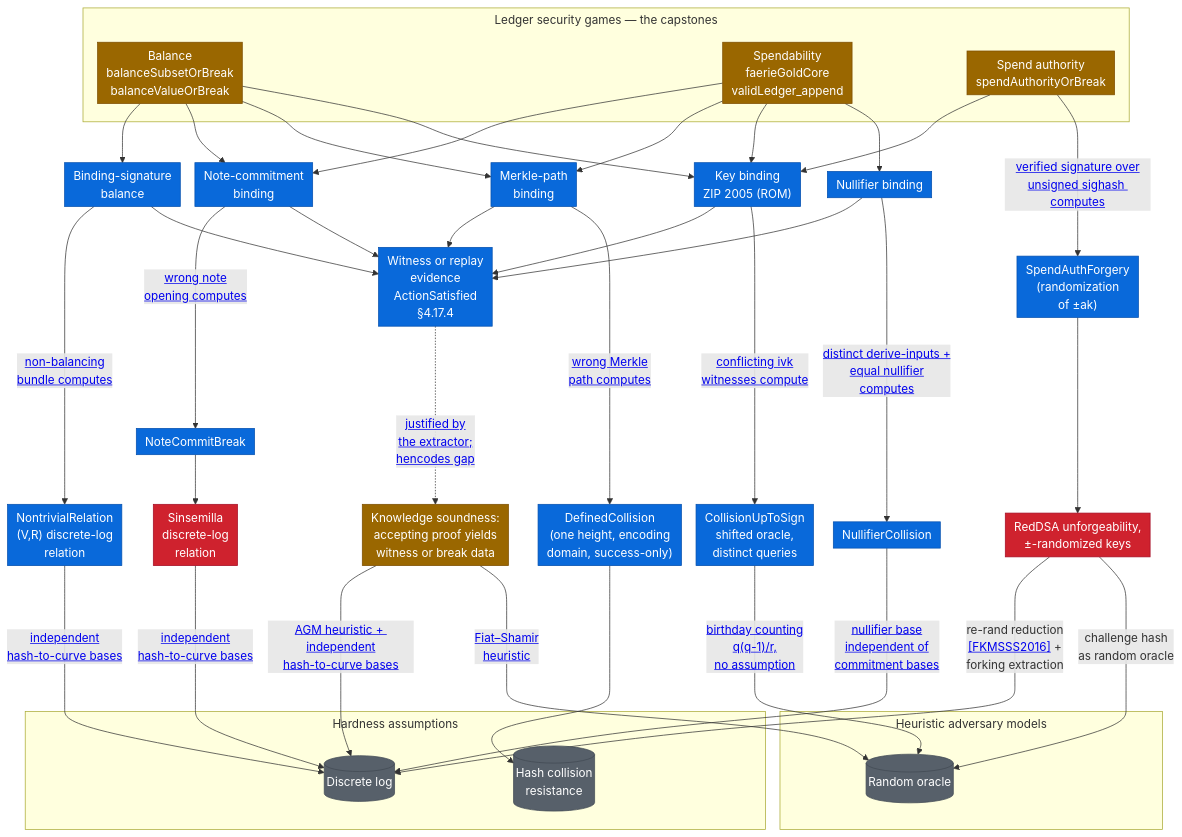
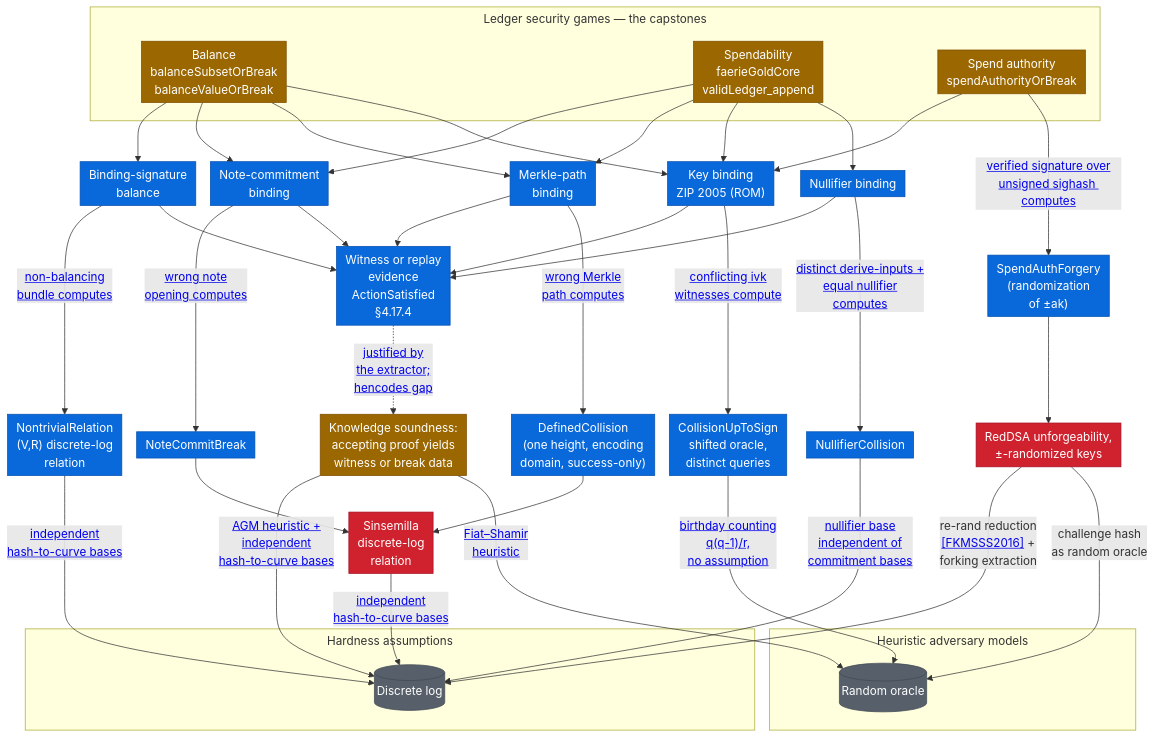
Before and after one commit to daira/ironwood: the diagram in book/src/formal-verification/security-definitions.md, drawn with Mermaid. The commit also changed other lines of this file, not shown here.

Commit message:
fv: route the Merkle DefinedCollision to SDLR in the security map
The Merkle tree hash is Sinsemilla, so a Merkle DefinedCollision is a
Sinsemilla collision, which prequantumly reduces to a discrete-log
relation (SDLR) — the same terminal as note-commitment binding — not to
BLAKE2b collision resistance, which does not enter the pre-quantum
Balance argument. Reroute MC to SDLR, drop the now-orphaned hash
collision resistance assumption node, and rebalance the edge lengths so
the seven break events share one rank, SDLR sits on its own rank below,
and the assumptions sit directly under that.

````diff
--- a/book/src/formal-verification/security-definitions.md
+++ b/book/src/formal-verification/security-definitions.md
@@ -48,7 +48,6 @@
 
   subgraph ASSUMPTIONS["Hardness assumptions"]
     DL[("Discrete log")]
-    CR[("Hash collision<br/>resistance")]
   end
 
   subgraph MODELS["Heuristic adversary models"]
@@ -60,26 +59,26 @@
   NCB --->|"<a target='_blank' href='https://github.com/zcash/ironwood/blob/main/Zcash/Security/Ledger/Statement.lean'>wrong note<br/>opening computes</a>"| NCBK["NoteCommitBreak"]
   NCB --> STMT
   MERK --> STMT
-  MERK ---->|"<a target='_blank' href='https://github.com/zcash/ironwood/blob/main/Zcash/Security/Ledger/Merkle.lean'>wrong Merkle<br/>path computes</a>"| MC["DefinedCollision<br/>(one height, encoding<br/>domain, success-only)"]
+  MERK --->|"<a target='_blank' href='https://github.com/zcash/ironwood/blob/main/Zcash/Security/Ledger/Merkle.lean'>wrong Merkle<br/>path computes</a>"| MC["DefinedCollision<br/>(one height, encoding<br/>domain, success-only)"]
   KB --> STMT
-  KB ---->|"<a target='_blank' href='https://github.com/zcash/ironwood/blob/main/Zcash/Security/KeyBinding/Basic.lean'>conflicting ivk<br/>witnesses compute</a>"| CUS["CollisionUpToSign<br/>shifted oracle,<br/>distinct queries"]
+  KB --->|"<a target='_blank' href='https://github.com/zcash/ironwood/blob/main/Zcash/Security/KeyBinding/Basic.lean'>conflicting ivk<br/>witnesses compute</a>"| CUS["CollisionUpToSign<br/>shifted oracle,<br/>distinct queries"]
   NFB --> STMT
-  NFB ---->|"<a target='_blank' href='https://github.com/zcash/ironwood/blob/main/Zcash/Security/Ledger/Spendability.lean'>distinct derive-inputs +<br/>equal nullifier<br/>computes</a>"| NFC["NullifierCollision"]
+  NFB --->|"<a target='_blank' href='https://github.com/zcash/ironwood/blob/main/Zcash/Security/Ledger/Spendability.lean'>distinct derive-inputs +<br/>equal nullifier<br/>computes</a>"| NFC["NullifierCollision"]
   SPENDAUTH --->|"<a target='_blank' href='https://github.com/zcash/ironwood/blob/main/Zcash/Security/Ledger/SpendAuthority.lean'>verified signature over<br/>unsigned sighash computes</a>"| SAF["SpendAuthForgery<br/>(randomization<br/>of ±ak)"]
 
   STMT -. "<a target='_blank' href='https://github.com/zcash/ironwood/blob/main/Zcash/Snark/Soundness/Composition/Bridge.lean'>justified by<br/>the extractor;<br/>hencodes gap</a>" .-> KS["Knowledge soundness:<br/>accepting proof yields<br/>witness or break data"]
   NCBK --> SDLR["Sinsemilla<br/>discrete-log<br/>relation"]
 
-  NDLR ---->|"<a target='_blank' href='https://github.com/zcash/ironwood/blob/main/Zcash/Snark/Soundness/AGM/BindingSignature.lean'>independent<br/>hash-to-curve bases</a>"| DL
-  SDLR ---->|"<a target='_blank' href='https://github.com/zcash/ironwood/blob/main/Zcash/Snark/Soundness/AGM/BindingSignature.lean'>independent<br/>hash-to-curve bases</a>"| DL
-  KS ---->|"<a target='_blank' href='https://github.com/zcash/ironwood/blob/main/Zcash/Snark/Soundness/AGM/Capstone.lean'>AGM heuristic + independent<br/>hash-to-curve bases</a>"| DL
-  KS ---->|"<a target='_blank' href='https://github.com/zcash/ironwood/tree/main/Zcash/Snark/Soundness/Forking'>Fiat–Shamir<br/>heuristic</a>"| ROM
-  MC ----> CR
-  CUS ---->|"<a target='_blank' href='https://github.com/zcash/ironwood/blob/main/Zcash/Security/Common/Birthday.lean'>birthday counting<br/>q(q-1)/r,<br/>no assumption</a>"| ROM
-  NFC ---->|"<a target='_blank' href='https://github.com/zcash/ironwood/blob/main/Zcash/Security/Ledger/Spendability.lean'>nullifier base<br/>independent of<br/>commitment bases</a>"| DL
-  SAF ---> RDSA["RedDSA unforgeability,<br/>±-randomized keys"]
-  RDSA ---->|"re-rand reduction<br/><a target='_blank' href='https://eprint.iacr.org/2015/395'>[FKMSSS2016]</a> +<br/>forking extraction"| DL
-  RDSA ---->|"challenge hash<br/>as random oracle"| ROM
+  NDLR --->|"<a target='_blank' href='https://github.com/zcash/ironwood/blob/main/Zcash/Snark/Soundness/AGM/BindingSignature.lean'>independent<br/>hash-to-curve bases</a>"| DL
+  SDLR -->|"<a target='_blank' href='https://github.com/zcash/ironwood/blob/main/Zcash/Snark/Soundness/AGM/BindingSignature.lean'>independent<br/>hash-to-curve bases</a>"| DL
+  KS --->|"<a target='_blank' href='https://github.com/zcash/ironwood/blob/main/Zcash/Snark/Soundness/AGM/Capstone.lean'>AGM heuristic +<br/>independent<br/>hash-to-curve bases</a>"| DL
+  KS --->|"<a target='_blank' href='https://github.com/zcash/ironwood/tree/main/Zcash/Snark/Soundness/Forking'>Fiat–Shamir<br/>heuristic</a>"| ROM
+  MC --> SDLR
+  CUS --->|"<a target='_blank' href='https://github.com/zcash/ironwood/blob/main/Zcash/Security/Common/Birthday.lean'>birthday counting<br/>q(q-1)/r,<br/>no assumption</a>"| ROM
+  NFC --->|"<a target='_blank' href='https://github.com/zcash/ironwood/blob/main/Zcash/Security/Ledger/Spendability.lean'>nullifier base<br/>independent of<br/>commitment bases</a>"| DL
+  SAF --> RDSA["RedDSA unforgeability,<br/>±-randomized keys"]
+  RDSA --->|"re-rand reduction<br/><a target='_blank' href='https://eprint.iacr.org/2015/395'>[FKMSSS2016]</a> +<br/>forking extraction"| DL
+  RDSA --->|"challenge hash<br/>as random oracle"| ROM
 
   click BAL "https://github.com/zcash/ironwood/blob/main/Zcash/Security/Ledger/Balance.lean" _blank
   click SPEND "https://github.com/zcash/ironwood/blob/main/Zcash/Security/Ledger/Spendability.lean" _blank
@@ -99,7 +98,6 @@
   click SDLR "https://github.com/zcash/ironwood/blob/main/Zcash/Common/DiscreteLogRelation.lean" _blank
   click KS "https://github.com/zcash/ironwood/blob/main/Zcash/Snark/Soundness/KnowledgeSoundness.lean" _blank
   click DL "https://github.com/zcash/ironwood/blob/main/Zcash/Common/DiscreteLogRelation.lean" _blank
-  click CR "https://github.com/zcash/ironwood/blob/main/Zcash/Security/Common/RandomOracle.lean" _blank
   click ROM "https://github.com/zcash/ironwood/blob/main/Zcash/Security/Common/RandomOracle.lean" _blank
   click RDSA "https://github.com/zcash/ironwood/issues/22" _blank
 
@@ -111,5 +109,5 @@
   class BAL,SPEND,SPENDAUTH,KS partial
   class NCB,BS,KB,MERK,NFB,STMT,NDLR,CUS,NCBK,MC,NFC,SAF checked
   class SDLR,RDSA hyp
-  class DL,CR,ROM assumed
+  class DL,ROM assumed
 ```
````
